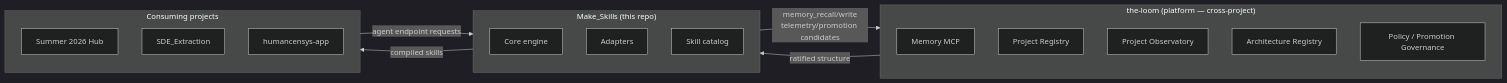
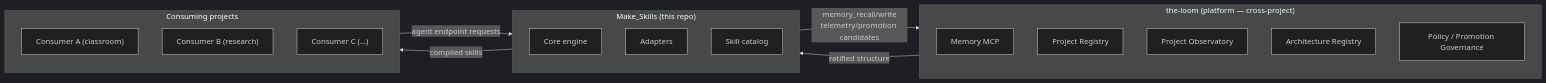
One commit to Lizo-RoadTown/Make_Skills changed the third of 3 diagrams in ARCHITECTURE.md. Above: the diagram before and after it, drawn with Mermaid (dark theme). The commit also changed other lines of this file and 55 other files, not shown here.

````diff
--- a/ARCHITECTURE.md
+++ b/ARCHITECTURE.md
@@ -81,27 +81,27 @@
 ```mermaid
 flowchart LR
     subgraph LOOM["the-loom (platform — cross-project)"]
         L1[Memory MCP]
         L2[Project Registry]
         L3[Project Observatory]
         L4[Architecture Registry]
         L5[Policy / Promotion Governance]
     end
 
     subgraph MS["Make_Skills (this repo)"]
         M1[Core engine]
         M2[Adapters]
         M3[Skill catalog]
     end
 
     subgraph CONS["Consuming projects"]
-        P1[Summer 2026 Hub]
-        P2[SDE_Extraction]
-        P3[humancensys-app]
+        P1["Consumer A (classroom)"]
+        P2["Consumer B (research)"]
+        P3["Consumer C (...)"]
     end
 
     CONS -- "agent endpoint requests" --> MS
     MS -- "memory_recall/write<br/>telemetry/promotion candidates" --> LOOM
     LOOM -- "ratified structure" --> MS
     MS -- "compiled skills" --> CONS
 ```
````
